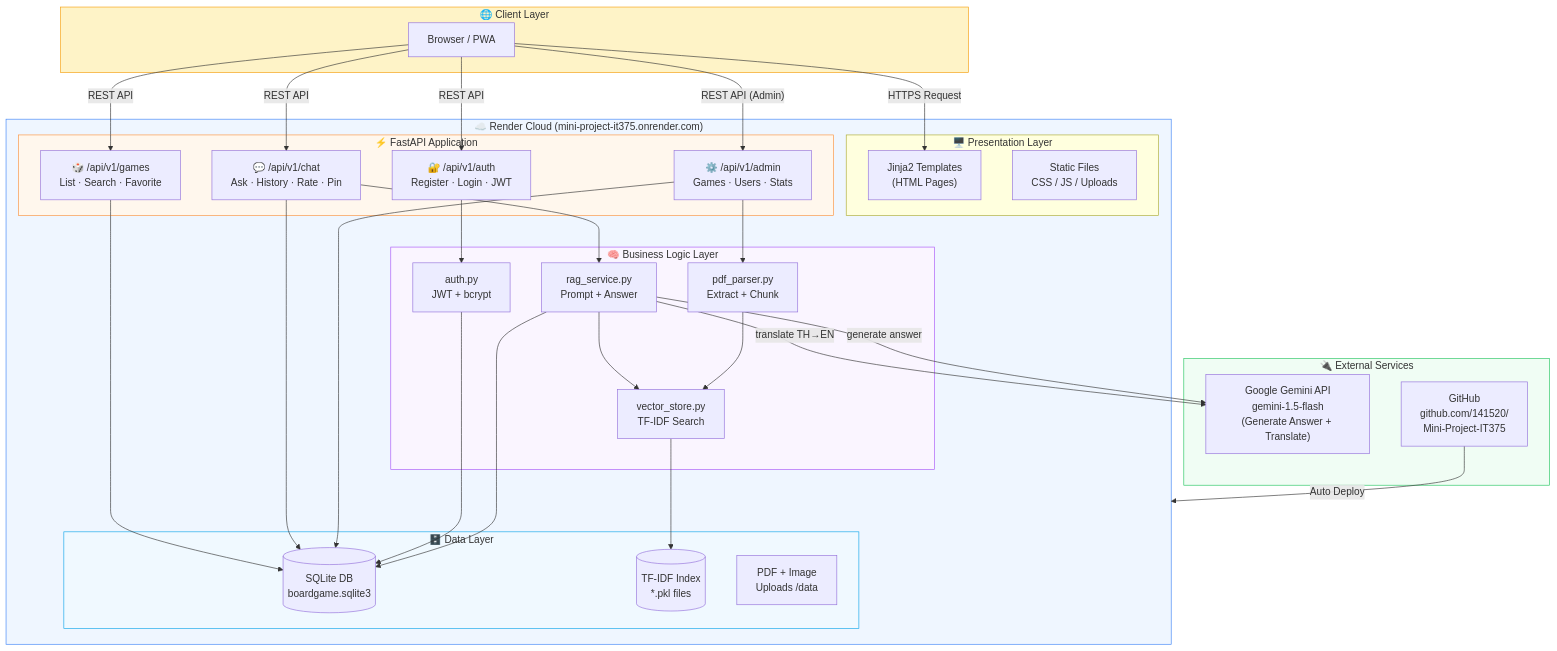
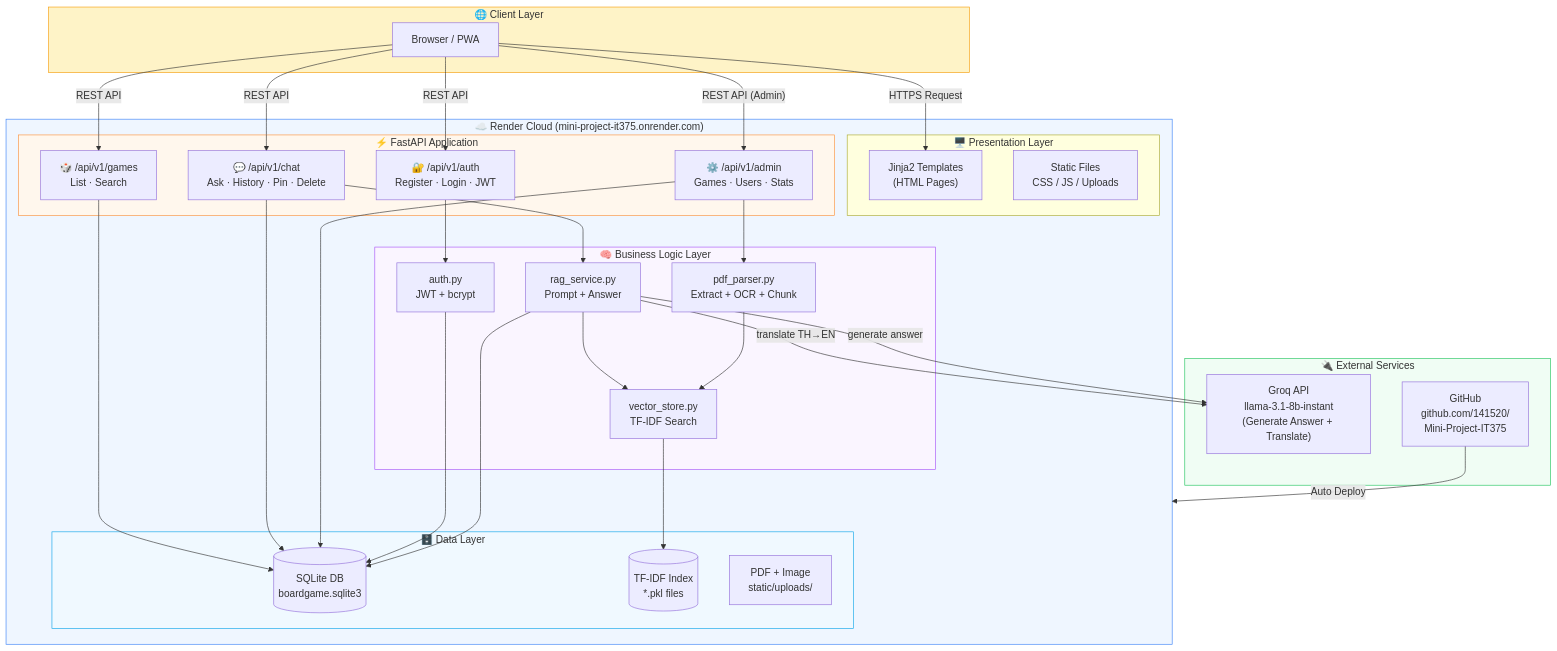
One commit to 141520/Mini-Project-IT375 changed the second of 3 diagrams in docs/diagrams.md. Above: the diagram before and after it, drawn with Mermaid. The commit also changed other lines of this file and 7 other files, not shown here.

First line of the commit message:
fix: harden auth flows and PDF text cleaning

````diff
--- a/docs/diagrams.md
+++ b/docs/diagrams.md
@@ -105,69 +98,69 @@
 ```mermaid
 graph TB
     subgraph CLIENT["🌐 Client Layer"]
         Browser["Browser / PWA"]
     end
 
     subgraph CLOUD["☁️ Render Cloud (mini-project-it375.onrender.com)"]
         subgraph WEB["🖥️ Presentation Layer"]
-            Jinja["Jinja2 Templates\n(HTML Pages)"]
-            Static["Static Files\nCSS / JS / Uploads"]
+            Jinja["Jinja2 Templates<br/>(HTML Pages)"]
+            Static["Static Files<br/>CSS / JS / Uploads"]
         end
 
         subgraph API["⚡ FastAPI Application"]
-            AuthAPI["🔐 /api/v1/auth\nRegister · Login · JWT"]
-            GamesAPI["🎲 /api/v1/games\nList · Search · Favorite"]
-            ChatAPI["💬 /api/v1/chat\nAsk · History · Rate · Pin"]
-            AdminAPI["⚙️ /api/v1/admin\nGames · Users · Stats"]
+            AuthAPI["🔐 /api/v1/auth<br/>Register · Login · JWT"]
+            GamesAPI["🎲 /api/v1/games<br/>List · Search"]
+            ChatAPI["💬 /api/v1/chat<br/>Ask · History · Pin · Delete"]
+            AdminAPI["⚙️ /api/v1/admin<br/>Games · Users · Stats"]
         end
 
         subgraph SERVICE["🧠 Business Logic Layer"]
-            RAG["rag_service.py\nPrompt + Answer"]
-            PDF["pdf_parser.py\nExtract + Chunk"]
-            VS["vector_store.py\nTF-IDF Search"]
-            Auth["auth.py\nJWT + bcrypt"]
+            RAG["rag_service.py<br/>Prompt + Answer"]
+            PDF["pdf_parser.py<br/>Extract + OCR + Chunk"]
+            VS["vector_store.py<br/>TF-IDF Search"]
+            Auth["auth.py<br/>JWT + bcrypt"]
         end
 
         subgraph DATA["🗄️ Data Layer"]
-            SQLite[("SQLite DB\nboardgame.sqlite3")]
-            Pickle[("TF-IDF Index\n*.pkl files")]
-            Files["PDF + Image\nUploads /data"]
+            SQLite[("SQLite DB<br/>boardgame.sqlite3")]
+            Pickle[("TF-IDF Index<br/>*.pkl files")]
+            Files["PDF + Image<br/>static/uploads/"]
         end
     end
 
     subgraph EXTERNAL["🔌 External Services"]
-        Gemini["Google Gemini API\ngemini-1.5-flash\n(Generate Answer + Translate)"]
-        GitHub["GitHub\ngithub.com/141520/\nMini-Project-IT375"]
+        Groq["Groq API<br/>llama-3.1-8b-instant<br/>(Generate Answer + Translate)"]
+        GitHub["GitHub<br/>github.com/141520/<br/>Mini-Project-IT375"]
     end
 
     Browser -->|"HTTPS Request"| Jinja
     Browser -->|"REST API"| AuthAPI
     Browser -->|"REST API"| GamesAPI
     Browser -->|"REST API"| ChatAPI
     Browser -->|"REST API (Admin)"| AdminAPI
 
     AuthAPI --> Auth
     GamesAPI --> SQLite
     ChatAPI --> RAG
     ChatAPI --> SQLite
     AdminAPI --> PDF
     AdminAPI --> SQLite
 
-    RAG -->|"translate TH→EN"| Gemini
-    RAG -->|"generate answer"| Gemini
+    RAG -->|"translate TH→EN"| Groq
+    RAG -->|"generate answer"| Groq
     RAG --> VS
     PDF --> VS
     VS --> Pickle
 
     Auth --> SQLite
     RAG --> SQLite
 
     GitHub -->|"Auto Deploy"| CLOUD
 
     style CLIENT fill:#FEF3C7,stroke:#F59E0B
     style CLOUD fill:#EFF6FF,stroke:#3B82F6
     style EXTERNAL fill:#F0FDF4,stroke:#22C55E
     style API fill:#FFF7ED,stroke:#FB923C
     style SERVICE fill:#FAF5FF,stroke:#A855F7
     style DATA fill:#F0F9FF,stroke:#0EA5E9
 ```
````
